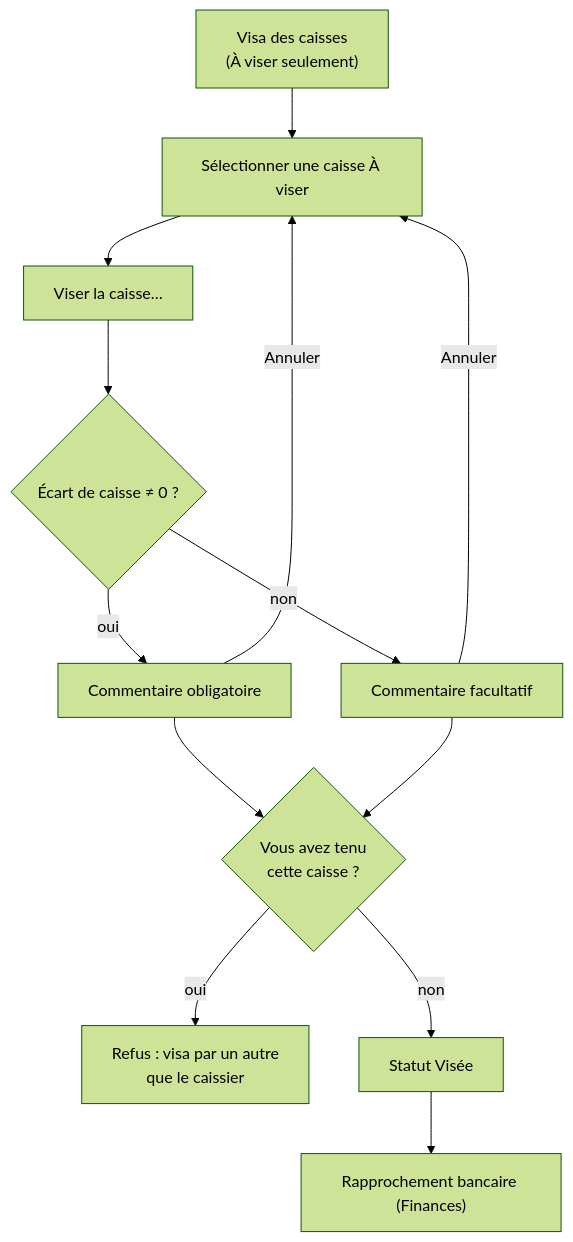
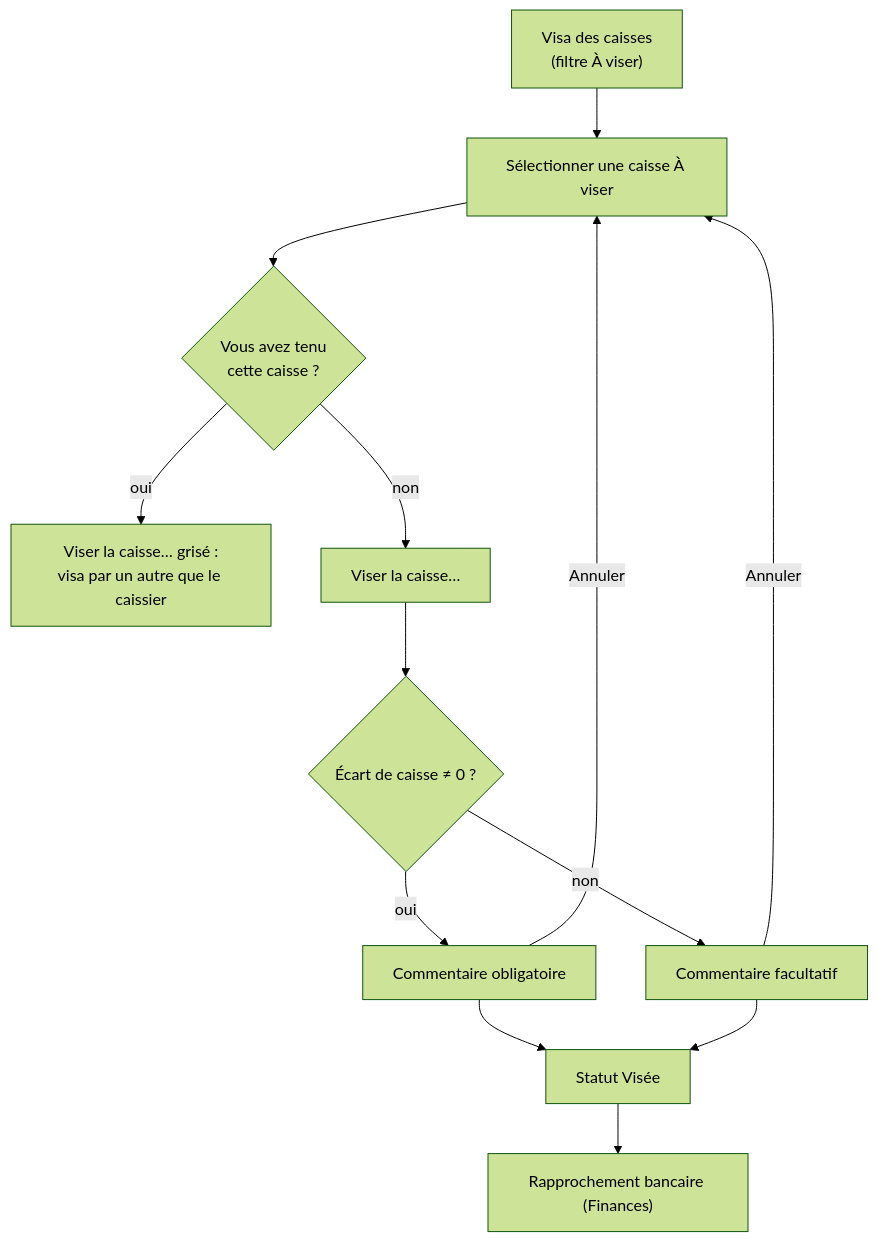
One commit to J4dJad/MarocLis changed the ninth of 9 diagrams in docs/manuel/04-facturation.md. Above: the diagram before and after it, drawn with Mermaid (forest theme). The commit also changed other lines of this file and 5 other files, not shown here.

````diff
--- a/docs/manuel/04-facturation.md
+++ b/docs/manuel/04-facturation.md
@@ -601,15 +696,15 @@
 ```mermaid
 flowchart TD
-    A["Visa des caisses<br/>(À viser seulement)"] --> B["Sélectionner une caisse À viser"]
-    B --> C["Viser la caisse…"]
+    A["Visa des caisses<br/>(filtre À viser)"] --> B["Sélectionner une caisse À viser"]
+    B --> G{"Vous avez tenu<br/>cette caisse ?"}
+    G -->|oui| X["Viser la caisse… grisé :<br/>visa par un autre que le caissier"]
+    G -->|non| C["Viser la caisse…"]
     C --> D{"Écart de caisse ≠ 0 ?"}
     D -->|oui| E["Commentaire obligatoire"]
     D -->|non| F["Commentaire facultatif"]
     E -->|Annuler| B
     F -->|Annuler| B
-    E --> G{"Vous avez tenu<br/>cette caisse ?"}
-    F --> G
-    G -->|oui| X["Refus : visa par un autre<br/>que le caissier"]
-    G -->|non| H["Statut Visée"]
+    E --> H["Statut Visée"]
+    F --> H
     H --> I["Rapprochement bancaire (Finances)"]
 ```
````
